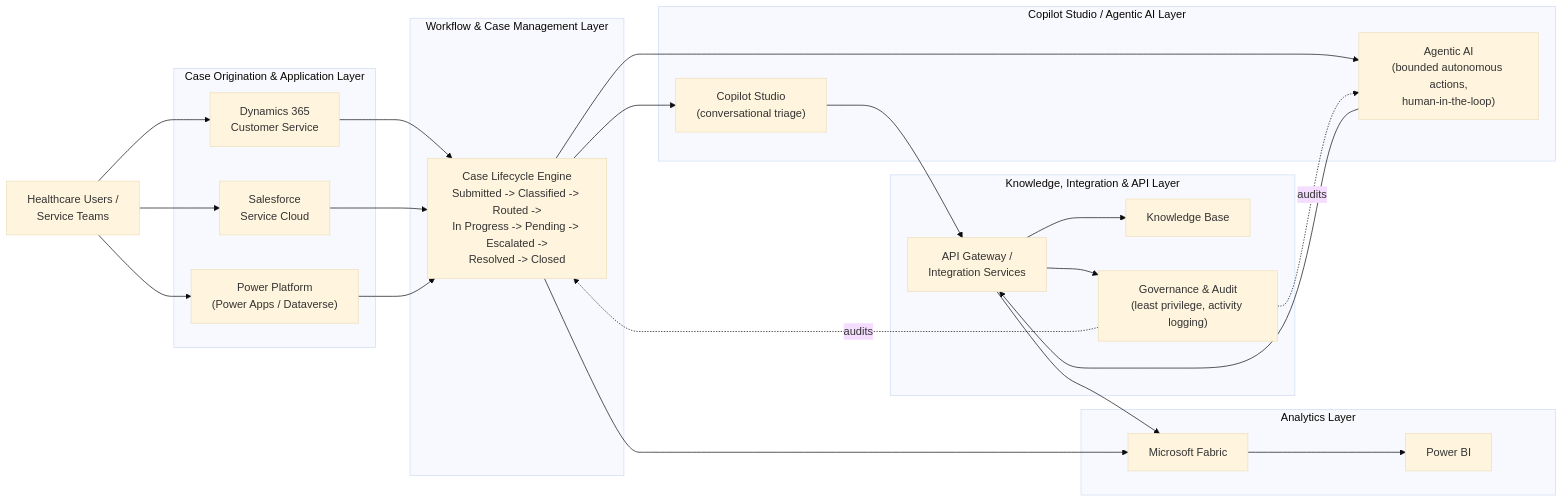
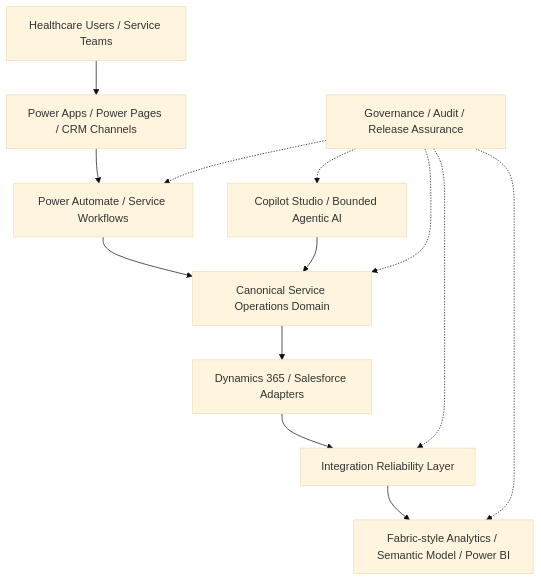
One commit to Ibraheemolasupogit/healthcare-agentic-service-operations-platform changed the diagram in README.md. Above: the diagram before and after it, drawn with Mermaid (base theme). The commit also changed other lines of this file and 14 other files, not shown here.

````diff
--- a/README.md
+++ b/README.md
@@ -116,53 +69,25 @@
 ```mermaid
-flowchart LR
-    Users["Healthcare Users /\nService Teams"]
+flowchart TD
+    USERS["Healthcare Users / Service Teams"]
+    CHANNELS["Power Apps / Power Pages / CRM Channels"]
+    FLOWS["Power Automate / Service Workflows"]
+    AI["Copilot Studio / Bounded Agentic AI"]
+    DOMAIN["Canonical Service Operations Domain"]
+    ADAPTERS["Dynamics 365 / Salesforce Adapters"]
+    INTEGRATION["Integration Reliability Layer"]
+    ANALYTICS["Fabric-style Analytics / Semantic Model / Power BI"]
+    GOV["Governance / Audit / Release Assurance"]
 
-    subgraph CRM["Case Origination & Application Layer"]
-        D365["Dynamics 365\nCustomer Service"]
-        SFDC["Salesforce\nService Cloud"]
-        PP["Power Platform\n(Power Apps / Dataverse)"]
-    end
-
-    subgraph WF["Workflow & Case Management Layer"]
-        CaseMgmt["Case Lifecycle Engine\nSubmitted -> Classified -> Routed ->\nIn Progress -> Pending -> Escalated ->\nResolved -> Closed"]
-    end
-
-    subgraph AI["Copilot Studio / Agentic AI Layer"]
-        Copilot["Copilot Studio\n(conversational triage)"]
-        Agents["Agentic AI\n(bounded autonomous actions,\nhuman-in-the-loop)"]
-    end
-
-    subgraph INT["Knowledge, Integration & API Layer"]
-        API["API Gateway /\nIntegration Services"]
-        KB["Knowledge Base"]
-        GOV["Governance & Audit\n(least privilege, activity logging)"]
-    end
-
-    subgraph BI["Analytics Layer"]
-        Fabric["Microsoft Fabric"]
-        PBI["Power BI"]
-    end
-
-    Users --> D365
-    Users --> SFDC
-    Users --> PP
-
-    D365 --> CaseMgmt
-    SFDC --> CaseMgmt
-    PP --> CaseMgmt
-
-    CaseMgmt --> Copilot
-    CaseMgmt --> Agents
-
-    Copilot --> API
-    Agents --> API
-    API --> KB
-    API --> GOV
-
-    API --> Fabric
-    CaseMgmt --> Fabric
-    Fabric --> PBI
-
-    GOV -. audits .-> Agents
-    GOV -. audits .-> CaseMgmt
+    USERS --> CHANNELS
+    CHANNELS --> FLOWS
+    FLOWS --> DOMAIN
+    AI --> DOMAIN
+    DOMAIN --> ADAPTERS
+    ADAPTERS --> INTEGRATION
+    INTEGRATION --> ANALYTICS
+    GOV -.-> FLOWS
+    GOV -.-> AI
+    GOV -.-> DOMAIN
+    GOV -.-> INTEGRATION
+    GOV -.-> ANALYTICS
 ```
````
